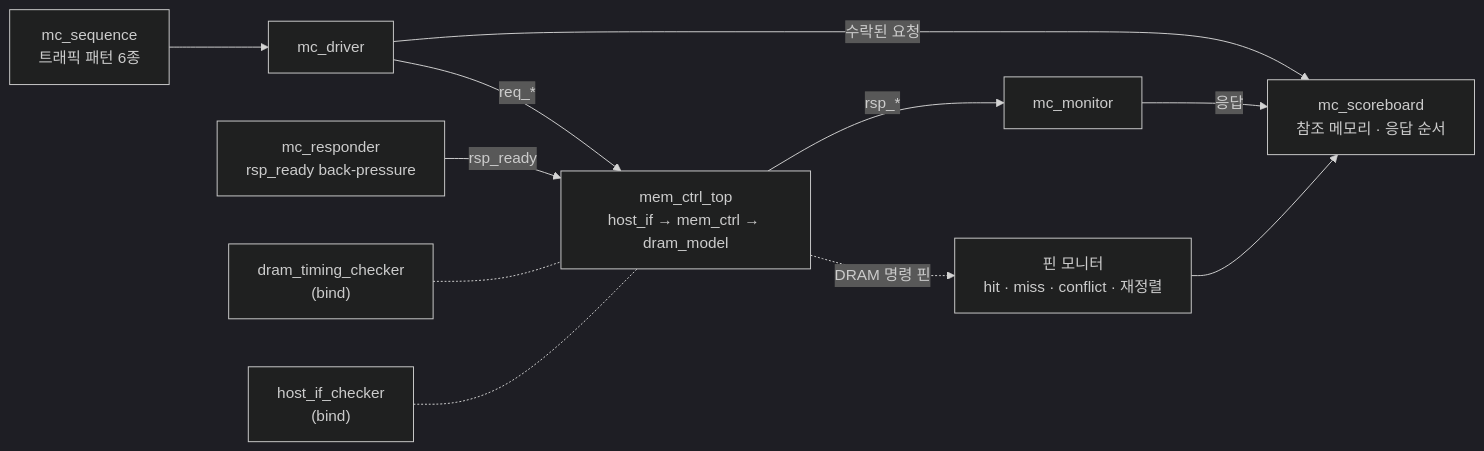
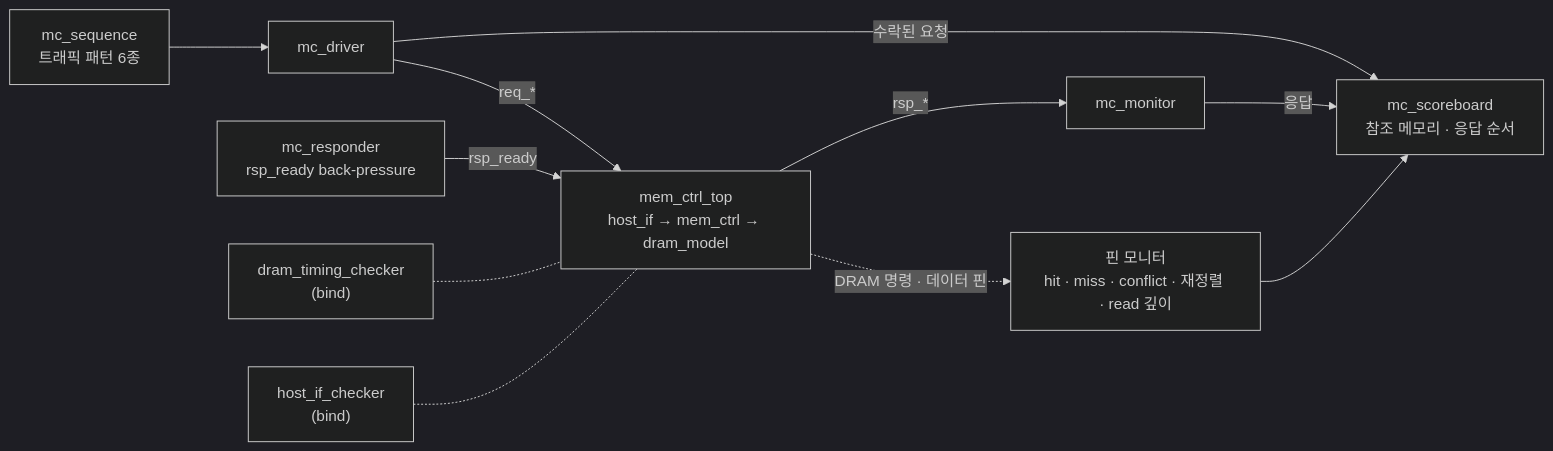
Before and after one commit to yhkwon-git/mini-dram-controller: the diagram in docs/verification.md, drawn with Mermaid (dark theme). The commit also changed other lines of this file and 7 other files, not shown here.

First line of the commit message:
docs: v2 spec, architecture, verification and performance

````diff
--- a/docs/verification.md
+++ b/docs/verification.md
@@ -7,13 +7,13 @@
 ```mermaid
 flowchart LR
   SEQ["mc_sequence<br/>트래픽 패턴 6종"] --> DRV["mc_driver"]
   DRV -->|"req_*"| DUT["mem_ctrl_top<br/>host_if → mem_ctrl → dram_model"]
   RSP["mc_responder<br/>rsp_ready back-pressure"] -->|"rsp_ready"| DUT
   DUT -->|"rsp_*"| MON["mc_monitor"]
   DRV -->|"수락된 요청"| SB["mc_scoreboard<br/>참조 메모리 · 응답 순서"]
   MON -->|"응답"| SB
-  DUT -.->|"DRAM 명령 핀"| PIN["핀 모니터<br/>hit · miss · conflict · 재정렬"]
+  DUT -.->|"DRAM 명령 · 데이터 핀"| PIN["핀 모니터<br/>hit · miss · conflict · 재정렬 · read 깊이"]
   PIN --> SB
   TCHK["dram_timing_checker<br/>(bind)"] -.- DUT
   HCHK["host_if_checker<br/>(bind)"] -.- DUT
 ```
````
